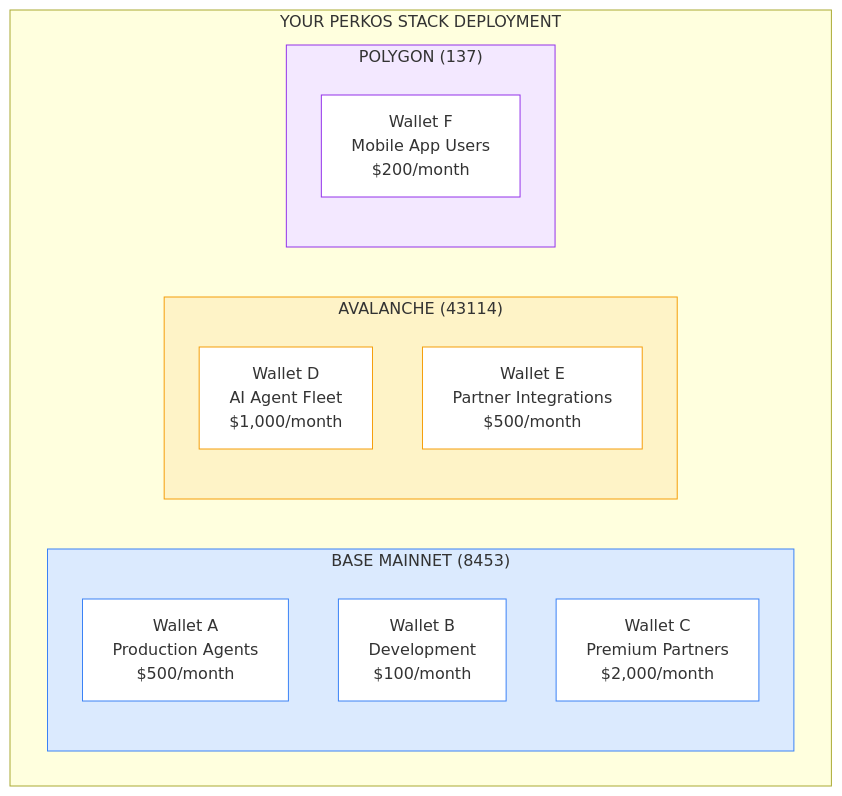
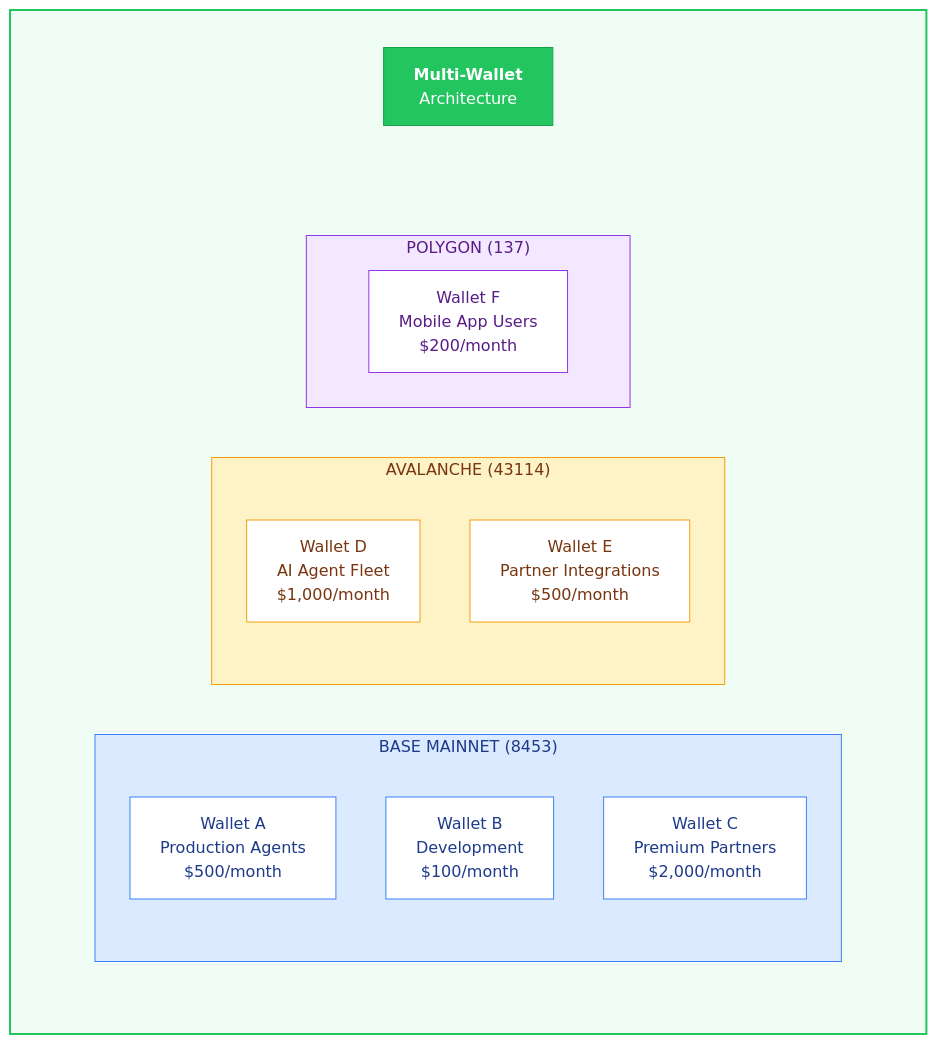
One commit to PerkOS-xyz/Stack changed the fifth of 10 diagrams in README.md. Above: the diagram before and after it, drawn with Mermaid. The commit also changed other lines of this file, not shown here.

````diff
--- a/README.md
+++ b/README.md
@@ -285,29 +296,42 @@
 ```mermaid
 flowchart TB
-    subgraph Stack["YOUR PERKOS STACK DEPLOYMENT"]
-        subgraph Base["BASE MAINNET (8453)"]
-            B1["Wallet A<br/>Production Agents<br/>$500/month"]
-            B2["Wallet B<br/>Development<br/>$100/month"]
-            B3["Wallet C<br/>Premium Partners<br/>$2,000/month"]
+    subgraph Stack[" "]
+        direction TB
+
+        Title["<b>Multi-Wallet</b><br/>Architecture"]
+
+        subgraph Networks[" "]
+            direction LR
+
+            subgraph Base["BASE MAINNET (8453)"]
+                B1["Wallet A<br/>Production Agents<br/>$500/month"]
+                B2["Wallet B<br/>Development<br/>$100/month"]
+                B3["Wallet C<br/>Premium Partners<br/>$2,000/month"]
+            end
+
+            subgraph Avax["AVALANCHE (43114)"]
+                A1["Wallet D<br/>AI Agent Fleet<br/>$1,000/month"]
+                A2["Wallet E<br/>Partner Integrations<br/>$500/month"]
+            end
+
+            subgraph Poly["POLYGON (137)"]
+                P1["Wallet F<br/>Mobile App Users<br/>$200/month"]
+            end
         end
 
-        subgraph Avax["AVALANCHE (43114)"]
-            A1["Wallet D<br/>AI Agent Fleet<br/>$1,000/month"]
-            A2["Wallet E<br/>Partner Integrations<br/>$500/month"]
-        end
-
-        subgraph Poly["POLYGON (137)"]
-            P1["Wallet F<br/>Mobile App Users<br/>$200/month"]
-        end
+        Title ~~~ Networks
     end
 
-    style Base fill:#dbeafe,stroke:#3b82f6
-    style Avax fill:#fef3c7,stroke:#f59e0b
-    style Poly fill:#f3e8ff,stroke:#9333ea
-    style B1 fill:#fff,stroke:#3b82f6
-    style B2 fill:#fff,stroke:#3b82f6
-    style B3 fill:#fff,stroke:#3b82f6
-    style A1 fill:#fff,stroke:#f59e0b
-    style A2 fill:#fff,stroke:#f59e0b
-    style P1 fill:#fff,stroke:#9333ea
+    style Stack fill:#f0fdf4,stroke:#22c55e,stroke-width:2px,color:#000
+    style Title fill:#22c55e,stroke:#16a34a,color:#fff
+    style Networks fill:transparent,stroke:none
+    style Base fill:#dbeafe,stroke:#3b82f6,color:#1e3a8a
+    style Avax fill:#fef3c7,stroke:#f59e0b,color:#78350f
+    style Poly fill:#f3e8ff,stroke:#9333ea,color:#581c87
+    style B1 fill:#fff,stroke:#3b82f6,color:#1e3a8a
+    style B2 fill:#fff,stroke:#3b82f6,color:#1e3a8a
+    style B3 fill:#fff,stroke:#3b82f6,color:#1e3a8a
+    style A1 fill:#fff,stroke:#f59e0b,color:#78350f
+    style A2 fill:#fff,stroke:#f59e0b,color:#78350f
+    style P1 fill:#fff,stroke:#9333ea,color:#581c87
 ```
````
